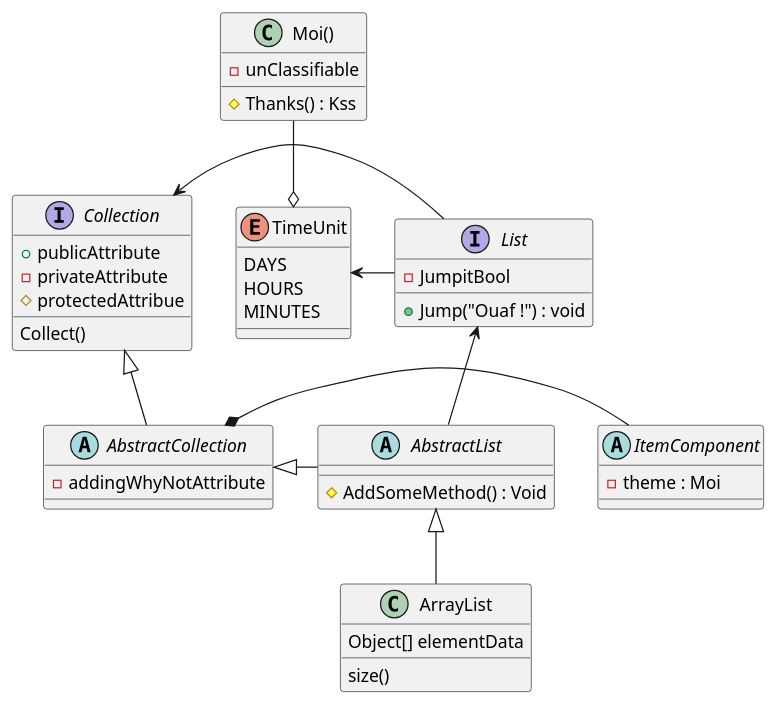
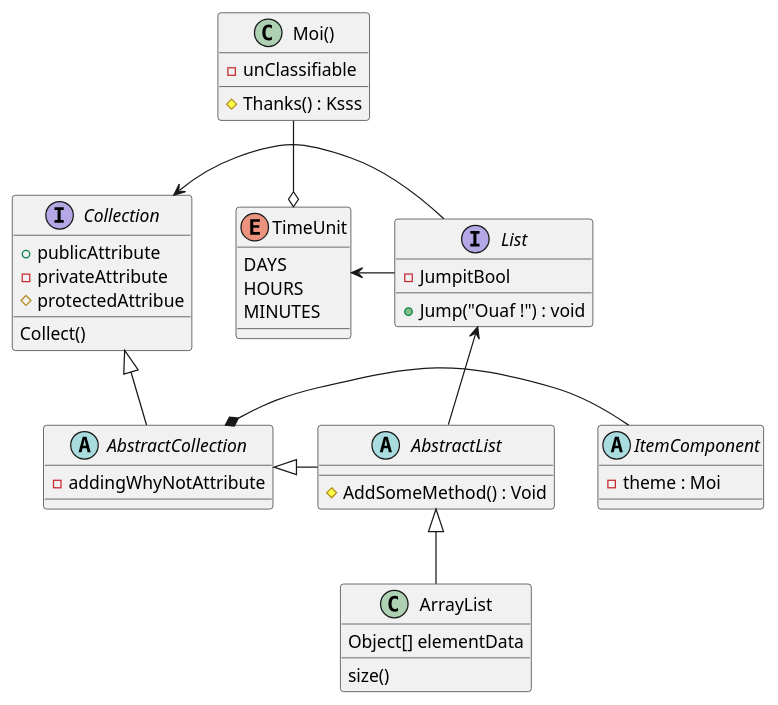
The diagram in PlantUML Sample Class Type.puml (rdanf1/UML_1st_Sample_On_PhpStorm), drawn with PlantUML before and after one commit.

Commit message:
Disambiguation

```diff
--- a/PlantUML Sample Class Type.puml
+++ b/PlantUML Sample Class Type.puml
@@ -1,59 +1,59 @@
 @startuml
 'https://plantuml.com/class-diagram
 
 class Moi() {
     - unClassifiable
-    # Thanks() : Kss
+    # Thanks() : Ksss
 }
 'True ! ( Weak bonded with Time Unit )
 "Moi()" -down-o TimeUnit
 ' These work too (any combination)
 'Moi *-down-* TimeUnit
 'Moi -down-+ TimeUnit
 'Moi -down-# TimeUnit
 
 
 
 abstract class AbstractList {
     # AddSomeMethod() : Void
 }
 abstract AbstractCollection {
     - addingWhyNotAttribute
 }
 interface List {
     - JumpitBool
     + Jump("Ouaf !") : void
     }
 interface Collection {
     + publicAttribute
     - privateAttribute
     # protectedAttribue
     Collect()
     }
 
 abstract ItemComponent {
     - theme : Moi
 }
 
 ' Bottom didn't work... (the rabbit)
 AbstractCollection *-Right- ItemComponent
 
 List <-- AbstractList
 Collection <|-- AbstractCollection
 Collection <- List
 AbstractCollection <|- AbstractList
 AbstractList <|-- ArrayList
 
 class ArrayList {
 Object[] elementData
 size()
 }
 enum TimeUnit {
 DAYS
 HOURS
 MINUTES
 }
 
 ' nice jump !
 TimeUnit <-right- List
 @enduml
```
